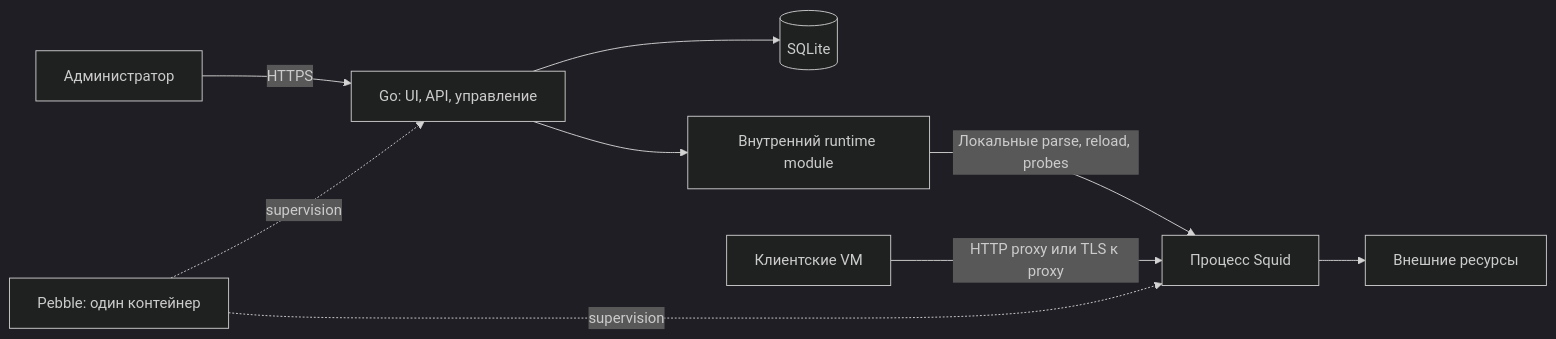
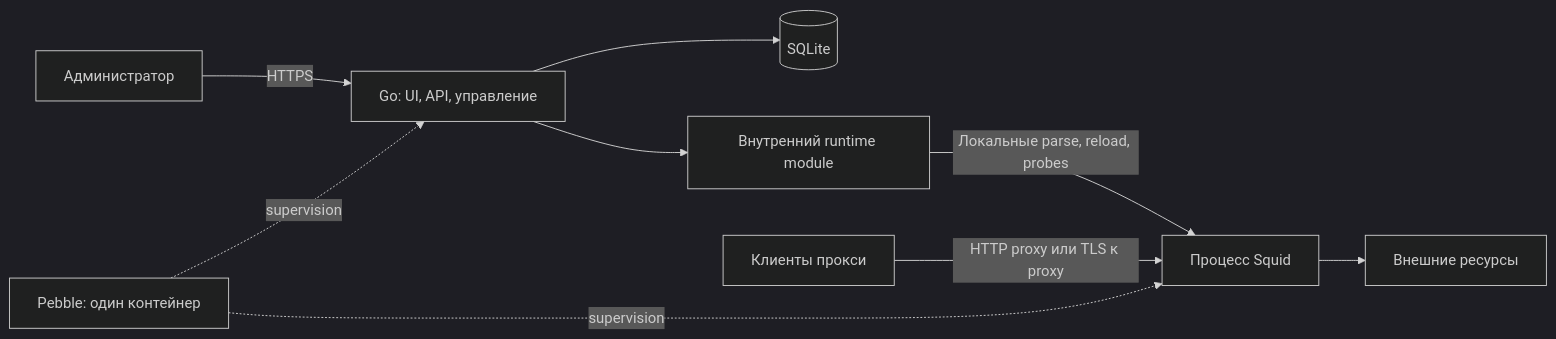
One commit to grshv/kraken changed the diagram in docs/architecture/overview.md. Above: the diagram before and after it, drawn with Mermaid (dark theme). The commit also changed other lines of this file and 51 other files, not shown here.

````diff
--- a/docs/architecture/overview.md
+++ b/docs/architecture/overview.md
@@ -16,11 +16,11 @@
 ```mermaid
 flowchart LR
     A[Администратор] -->|HTTPS| W[Go: UI, API, управление]
     W --> D[(SQLite)]
     W --> M[Внутренний runtime module]
     M -->|Локальные parse, reload, probes| S[Процесс Squid]
-    V[Клиентские VM] -->|HTTP proxy или TLS к proxy| S
+    V[Клиенты прокси] -->|HTTP proxy или TLS к proxy| S
     S --> I[Внешние ресурсы]
     P[Pebble: один контейнер] -. supervision .-> W
     P -. supervision .-> S
 ```
````
